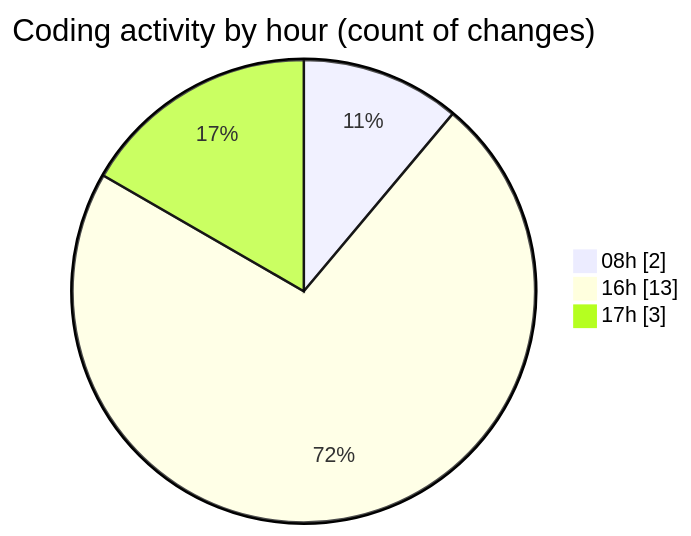
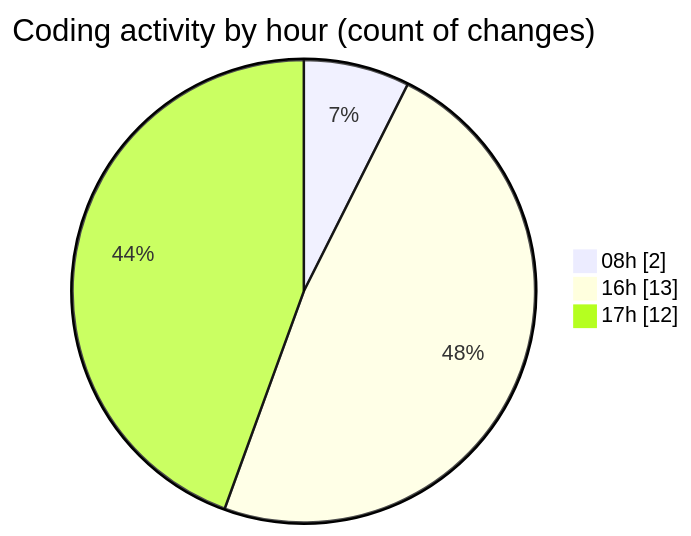
One commit to robertbonfada/code-tracking changed the second of 2 diagrams in 2025-03-14/lumine-web/README.md. Above: the diagram before and after it, drawn with Mermaid. The commit also changed other lines of this file and 1 other file, not shown here.

````diff
--- a/2025-03-14/lumine-web/README.md
+++ b/2025-03-14/lumine-web/README.md
@@ -33,7 +38,7 @@
 ```mermaid
 pie showData
 title Coding activity by hour (count of changes)
 "08h" : 2
 "16h" : 13
-"17h" : 3
+"17h" : 12
 ```
````
